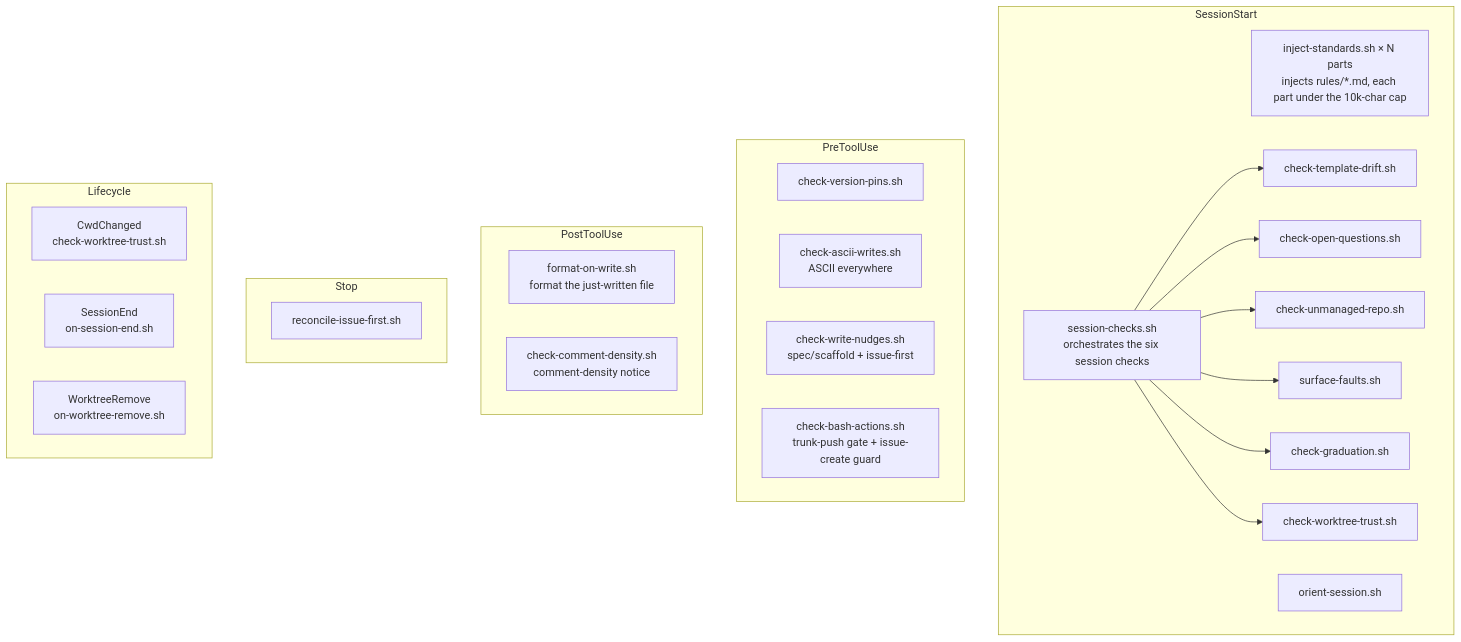
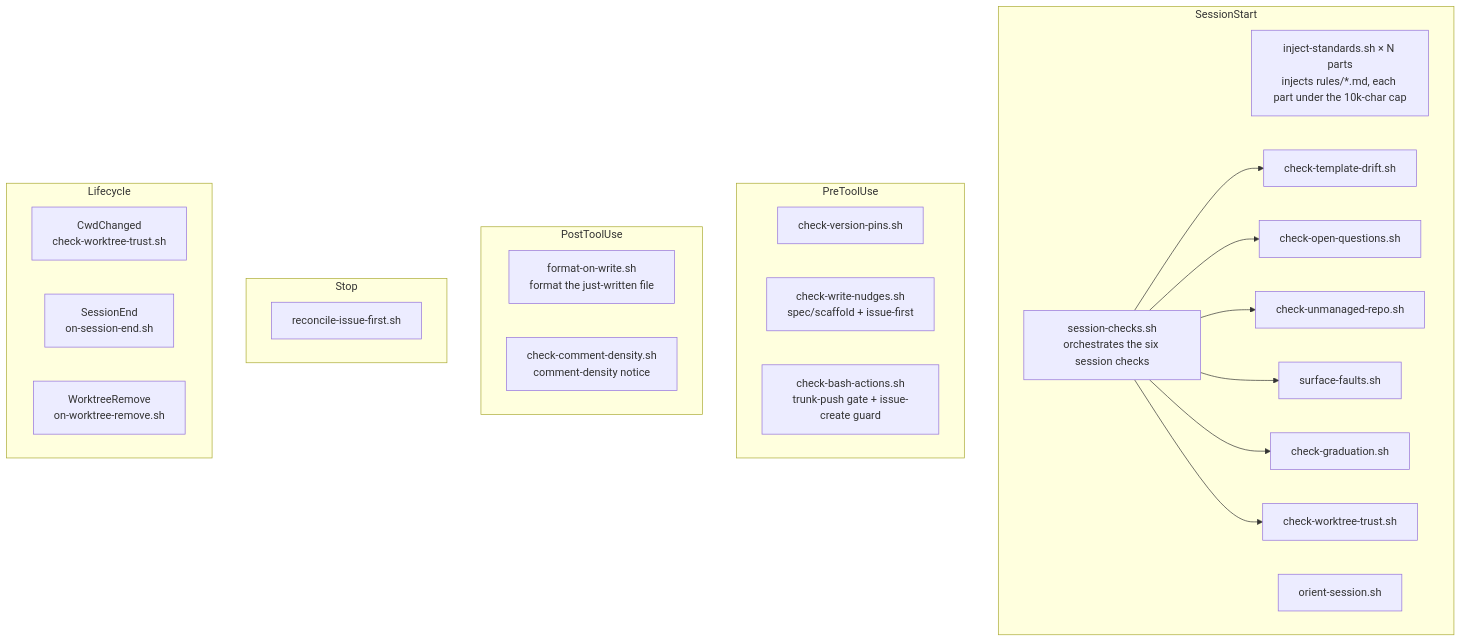
Before and after one commit to element22llc/e22-plugins: the diagram in docs/reference/hooks.md, drawn with Mermaid. The commit also changed other lines of this file and 10 other files, not shown here.

````diff
--- a/docs/reference/hooks.md
+++ b/docs/reference/hooks.md
@@ -53,32 +53,31 @@
 ```mermaid
 flowchart TD
     subgraph SessionStart
       inject[inject-standards.sh × N parts<br/>injects rules/*.md, each part under the 10k-char cap]
       checks[session-checks.sh<br/>orchestrates the six session checks]
       orient[orient-session.sh]
       checks --> drift[check-template-drift.sh]
       checks --> oq[check-open-questions.sh]
       checks --> unmanaged[check-unmanaged-repo.sh]
       checks --> faults[surface-faults.sh]
       checks --> grad[check-graduation.sh]
       checks --> wt[check-worktree-trust.sh]
     end
     subgraph PreToolUse
       pins[check-version-pins.sh]
-      ascii[check-ascii-writes.sh<br/>ASCII everywhere]
       wn[check-write-nudges.sh<br/>spec/scaffold + issue-first]
       ba[check-bash-actions.sh<br/>trunk-push gate + issue-create guard]
     end
     subgraph PostToolUse
       fmt[format-on-write.sh<br/>format the just-written file]
       cd[check-comment-density.sh<br/>comment-density notice]
     end
     subgraph Stop
       reconcile[reconcile-issue-first.sh]
     end
     subgraph Lifecycle
       cwd[CwdChanged<br/>check-worktree-trust.sh]
       send[SessionEnd<br/>on-session-end.sh]
       wtr[WorktreeRemove<br/>on-worktree-remove.sh]
     end
 ```
````
